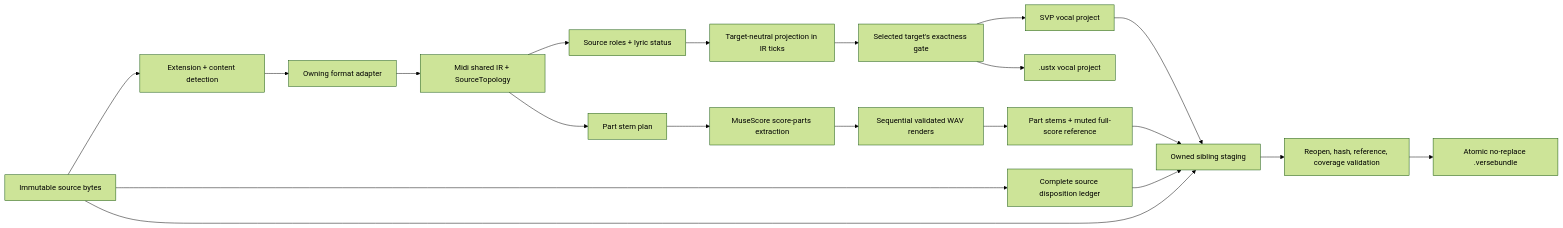
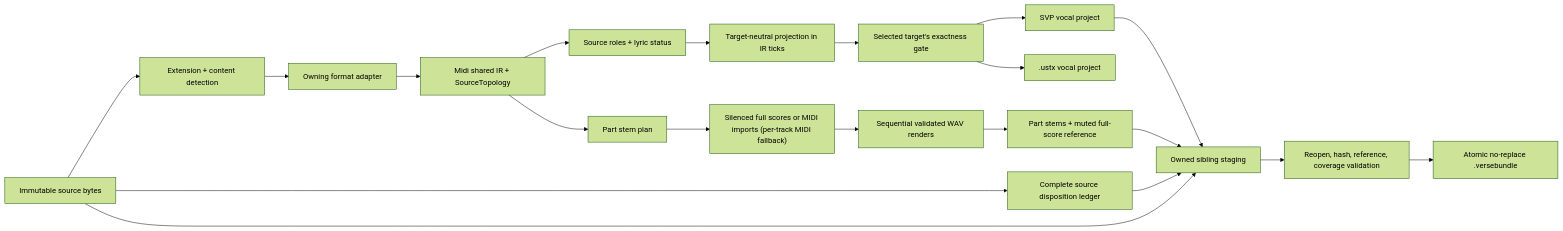
The second of 2 diagrams in docs/architecture.md (JoPadOfficiel/verse-convert-synth-v), drawn with Mermaid (forest theme) before and after one commit. The commit also changed other lines of this file and 20 other files, not shown here.

````diff
--- a/docs/architecture.md
+++ b/docs/architecture.md
@@ -64,22 +65,22 @@
 ```mermaid
 flowchart LR
     BYTES["Immutable source bytes"] --> DETECT["Extension + content detection"]
     DETECT --> PARSE["Owning format adapter"]
     PARSE --> IR["Midi shared IR + SourceTopology"]
     IR --> CLASSIFY["Source roles + lyric status"]
     CLASSIFY --> PROJECT["Target-neutral projection in IR ticks"]
     IR --> STEMPLAN["Part stem plan"]
     PROJECT --> GATE["Selected target's exactness gate"]
     GATE --> SVP["SVP vocal project"]
     GATE --> USTX[".ustx vocal project"]
-    STEMPLAN --> EXTRACT["MuseScore score-parts extraction"]
-    EXTRACT --> RENDER["Sequential validated WAV renders"]
+    STEMPLAN --> ISOLATE["Silenced full scores or MIDI imports (per-track MIDI fallback)"]
+    ISOLATE --> RENDER["Sequential validated WAV renders"]
     RENDER --> AUDIO["Part stems + muted full-score reference"]
     BYTES --> LEDGER["Complete source disposition ledger"]
     SVP --> STAGE["Owned sibling staging"]
     AUDIO --> STAGE
     LEDGER --> STAGE
     BYTES --> STAGE
     STAGE --> VERIFY["Reopen, hash, reference, coverage validation"]
     VERIFY --> COMMIT["Atomic no-replace .versebundle"]
 ```
````
